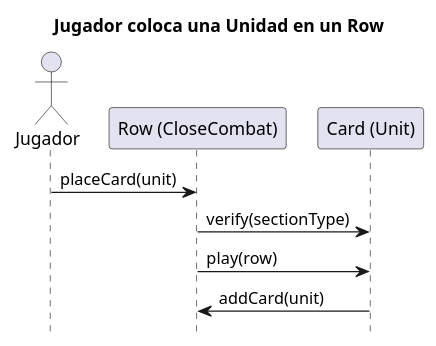
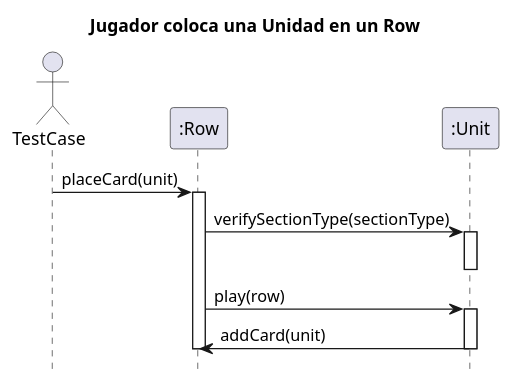
Before and after one commit to Yonhir/algo3_proyecto_base_tp2: the diagram in diagrams/sequences/JugadorColocandoUnaCartaEnRow.plantuml, drawn with PlantUML. The commit also changed 15 other files, not shown here.

Commit message:
update diagrams

```diff
--- a/diagrams/sequences/JugadorColocandoUnaCartaEnRow.plantuml
+++ b/diagrams/sequences/JugadorColocandoUnaCartaEnRow.plantuml
@@ -1,16 +1,21 @@
 @startuml
 
 hide footbox
 title Jugador coloca una Unidad en un Row
 
-actor Jugador
+actor TestCase
+participant ":Row" as row
+participant ":Unit" as unit
 
-participant "Row (CloseCombat)" as row
-participant "Card (Unit)" as unit
+TestCase -> row : placeCard(unit)
+    activate row
+    row -> unit : verifySectionType(sectionType)
+        activate unit
+        deactivate unit
 
-Jugador -> row : placeCard(unit)
-row -> unit : verify(sectionType)
-
-row -> unit : play(row)
-unit -> row : addCard(unit)
+    row -> unit : play(row)
+        activate unit
+        unit -> row : addCard(unit)
+        deactivate unit
+    deactivate row
 @enduml
```
